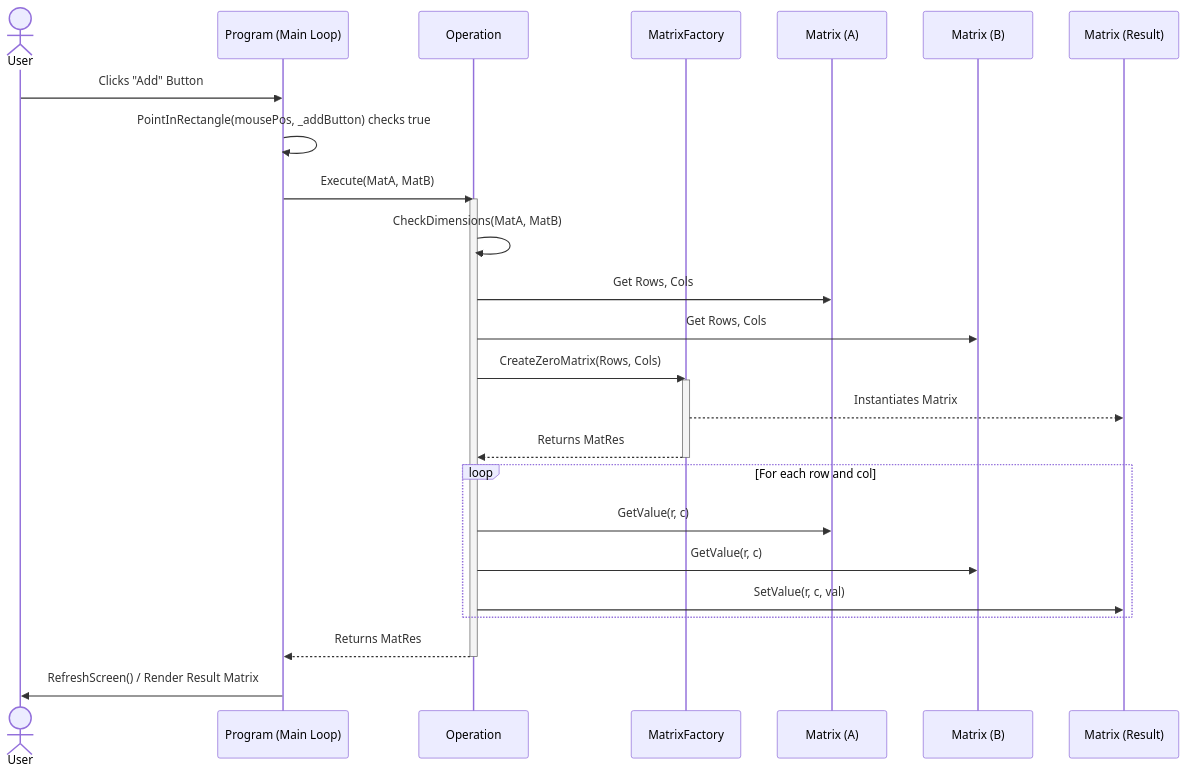
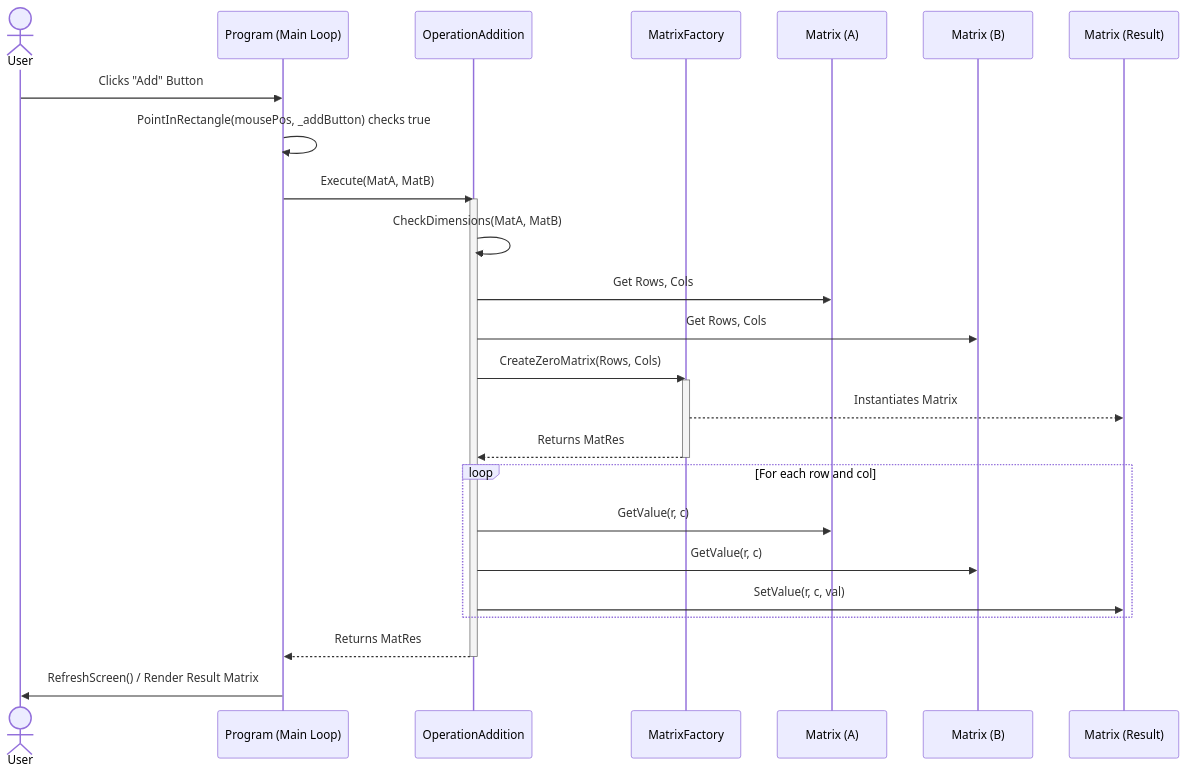
One commit to Puzzl3Mak3r/Matrix-Calculator-Custom-Project changed the diagram in UMLsequence.md. Above: the diagram before and after it, drawn with Mermaid. The commit also changed other lines of this file and 5 other files, not shown here.

Commit message:
Finalised UML Diagrams and GUI Design

````diff
--- a/UMLsequence.md
+++ b/UMLsequence.md
@@ -7,37 +7,37 @@
 ```mermaid
 sequenceDiagram
     actor User
     participant GUI as Program (Main Loop)
-    participant Strategy as Operation
+    participant Strategy as OperationAddition
     participant Factory as MatrixFactory
     participant MatA as Matrix (A)
     participant MatB as Matrix (B)
     participant MatRes as Matrix (Result)
 
     User->>GUI: Clicks "Add" Button
     GUI->>GUI: PointInRectangle(mousePos, _addButton) checks true
     
     GUI->>Strategy: Execute(MatA, MatB)
     activate Strategy
     
     Strategy->>Strategy: CheckDimensions(MatA, MatB)
     Strategy->>MatA: Get Rows, Cols
     Strategy->>MatB: Get Rows, Cols
     
     Strategy->>Factory: CreateZeroMatrix(Rows, Cols)
     activate Factory
     Factory-->>MatRes: Instantiates Matrix
     Factory-->>Strategy: Returns MatRes
     deactivate Factory
     
     loop For each row and col
         Strategy->>MatA: GetValue(r, c)
         Strategy->>MatB: GetValue(r, c)
         Strategy->>MatRes: SetValue(r, c, val)
     end
 
     Strategy-->>GUI: Returns MatRes
     deactivate Strategy
     
     GUI->>User: RefreshScreen() / Render Result Matrix
 ```
````
